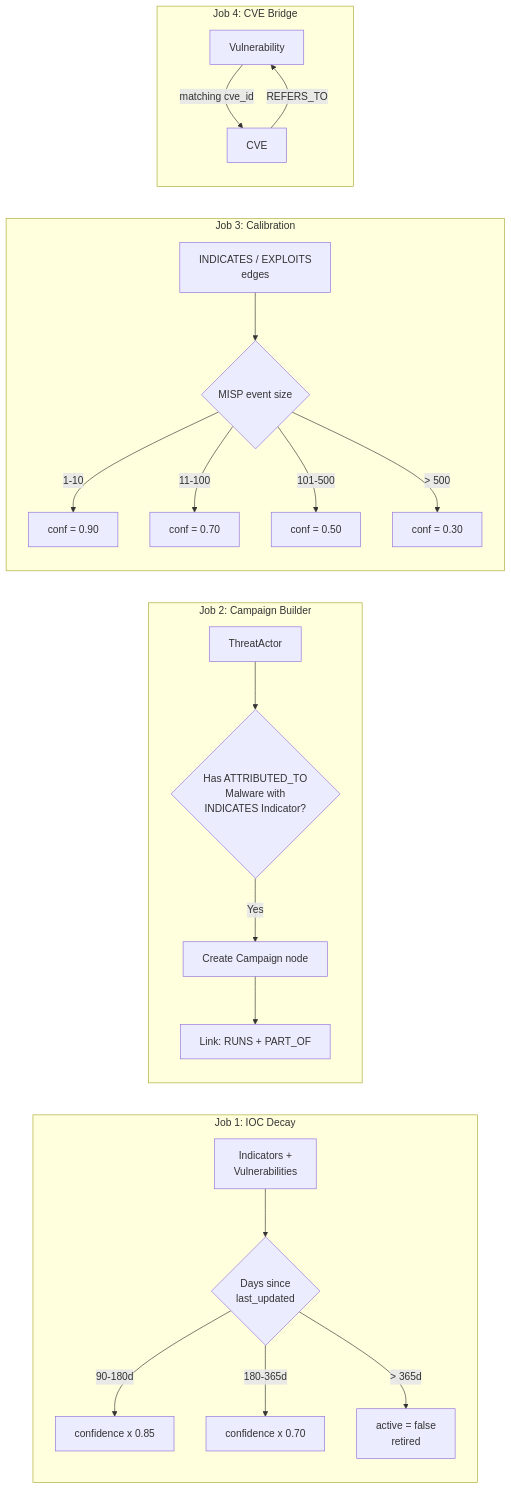
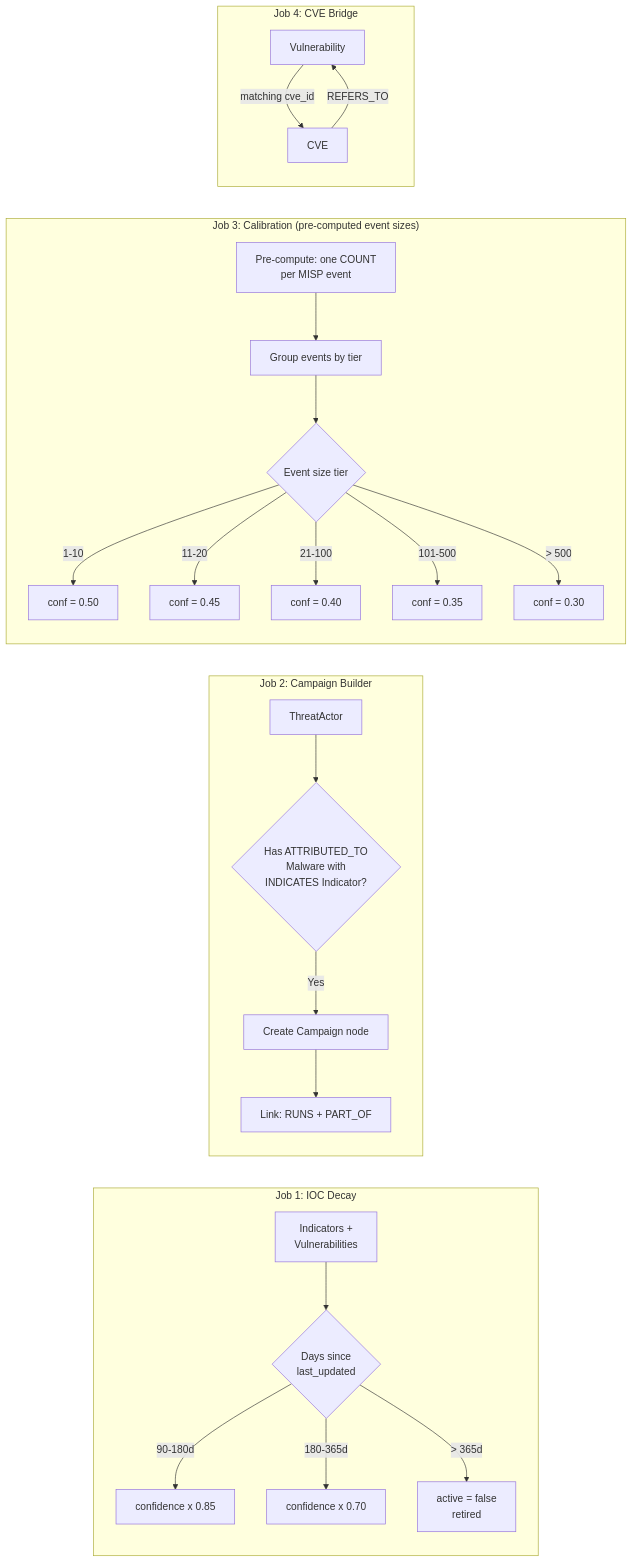
The eighth of 8 diagrams in docs/ARCHITECTURE_DIAGRAMS.md (Kopanov/EdgeGuard-Knowledge-Graph), drawn with Mermaid before and after one commit. The commit also changed other lines of this file and 1 other file, not shown here.

Commit message:
fix: Query #9 upgrades confidence on existing edges + update diagrams
BugBot: Query #9 overwrote source_id on existing co-occurrence edges
but left confidence at 0.5 instead of upgrading to 0.8. Now uses
CASE WHEN to upgrade confidence only when 0.8 is higher than existing.

Architecture diagrams updated:
- Build Relationships: "2000/batch UNWIND" → "apoc.periodic.iterate 1000/batch"
- OOM Protection: removed old "5000 cap" diagram, replaced with type-based sampling
- Calibration: updated tiers to 0.50/0.45/0.40/0.35/0.30 with pre-compute step

````diff
--- a/docs/ARCHITECTURE_DIAGRAMS.md
+++ b/docs/ARCHITECTURE_DIAGRAMS.md
@@ -251,28 +247,30 @@
 ```mermaid
 flowchart LR
     subgraph "Job 1: IOC Decay"
         D1[Indicators +<br/>Vulnerabilities] --> D2{Days since<br/>last_updated}
         D2 -->|90-180d| D3[confidence x 0.85]
         D2 -->|180-365d| D4[confidence x 0.70]
         D2 -->|> 365d| D5[active = false<br/>retired]
     end
 
     subgraph "Job 2: Campaign Builder"
         CB1[ThreatActor] --> CB2{Has ATTRIBUTED_TO<br/>Malware with<br/>INDICATES Indicator?}
         CB2 -->|Yes| CB3[Create Campaign node]
         CB3 --> CB4[Link: RUNS + PART_OF]
     end
 
-    subgraph "Job 3: Calibration"
-        CAL1[INDICATES / EXPLOITS<br/>edges] --> CAL2{MISP event size}
-        CAL2 -->|1-10| CAL3[conf = 0.90]
-        CAL2 -->|11-100| CAL4[conf = 0.70]
-        CAL2 -->|101-500| CAL5[conf = 0.50]
+    subgraph "Job 3: Calibration (pre-computed event sizes)"
+        CAL0[Pre-compute: one COUNT<br/>per MISP event] --> CAL1[Group events by tier]
+        CAL1 --> CAL2{Event size tier}
+        CAL2 -->|1-10| CAL3[conf = 0.50]
+        CAL2 -->|11-20| CAL3b[conf = 0.45]
+        CAL2 -->|21-100| CAL4[conf = 0.40]
+        CAL2 -->|101-500| CAL5[conf = 0.35]
         CAL2 -->|> 500| CAL6[conf = 0.30]
     end
 
     subgraph "Job 4: CVE Bridge"
         BR1[Vulnerability] -->|matching cve_id| BR2[CVE]
         BR2 -->|REFERS_TO| BR1
     end
 ```
````
